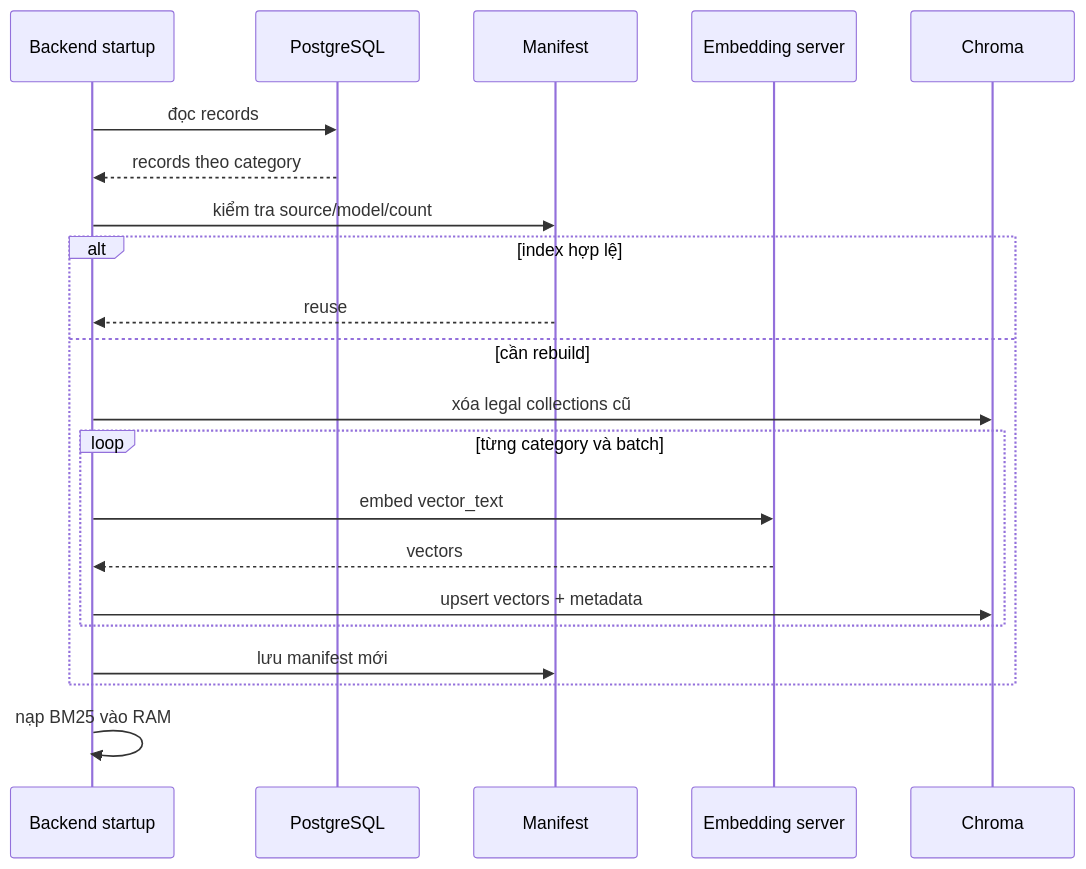
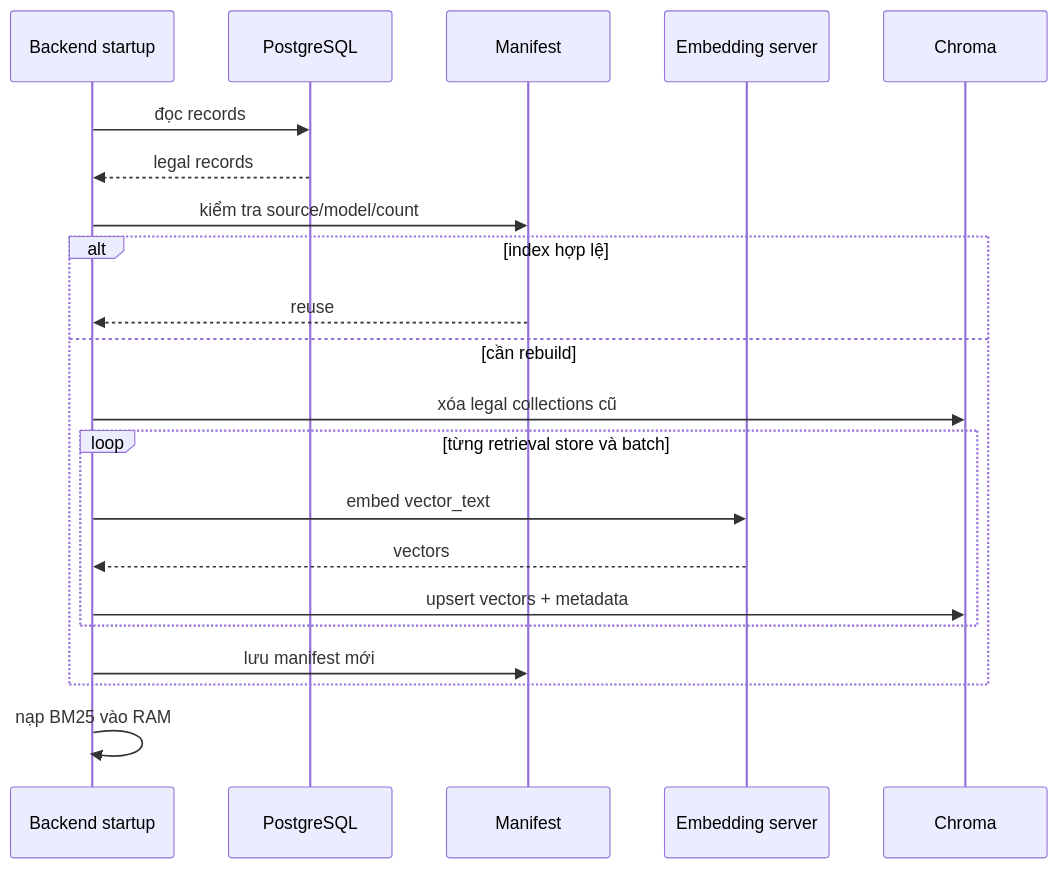
One commit to lmhtung/legal-assistant-agent changed the second of 3 diagrams in backend/docs/REPORT.md. Above: the diagram before and after it, drawn with Mermaid. The commit also changed other lines of this file and 51 other files, not shown here.

````diff
--- a/backend/docs/REPORT.md
+++ b/backend/docs/REPORT.md
@@ -63,24 +62,24 @@
 ```mermaid
 sequenceDiagram
     participant B as Backend startup
     participant P as PostgreSQL
     participant M as Manifest
     participant E as Embedding server
     participant C as Chroma
 
     B->>P: đọc records
-    P-->>B: records theo category
+    P-->>B: legal records
     B->>M: kiểm tra source/model/count
     alt index hợp lệ
         M-->>B: reuse
     else cần rebuild
         B->>C: xóa legal collections cũ
-        loop từng category và batch
+        loop từng retrieval store và batch
             B->>E: embed vector_text
             E-->>B: vectors
             B->>C: upsert vectors + metadata
         end
         B->>M: lưu manifest mới
     end
     B->>B: nạp BM25 vào RAM
 ```
````
